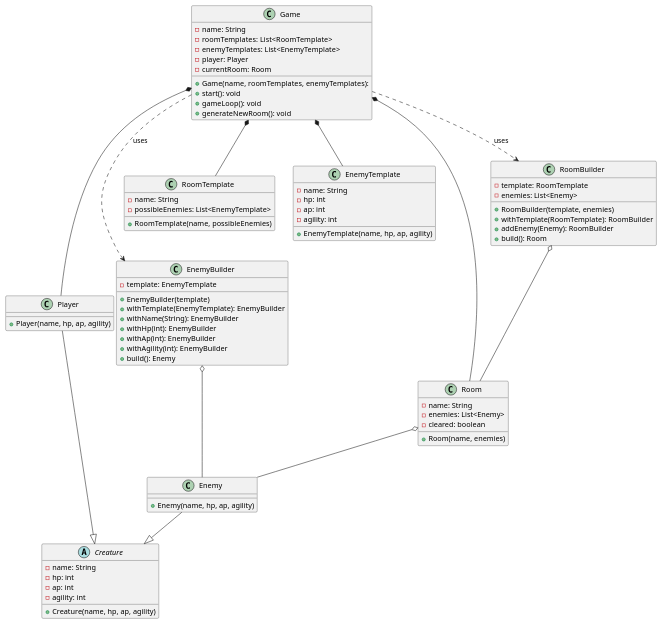
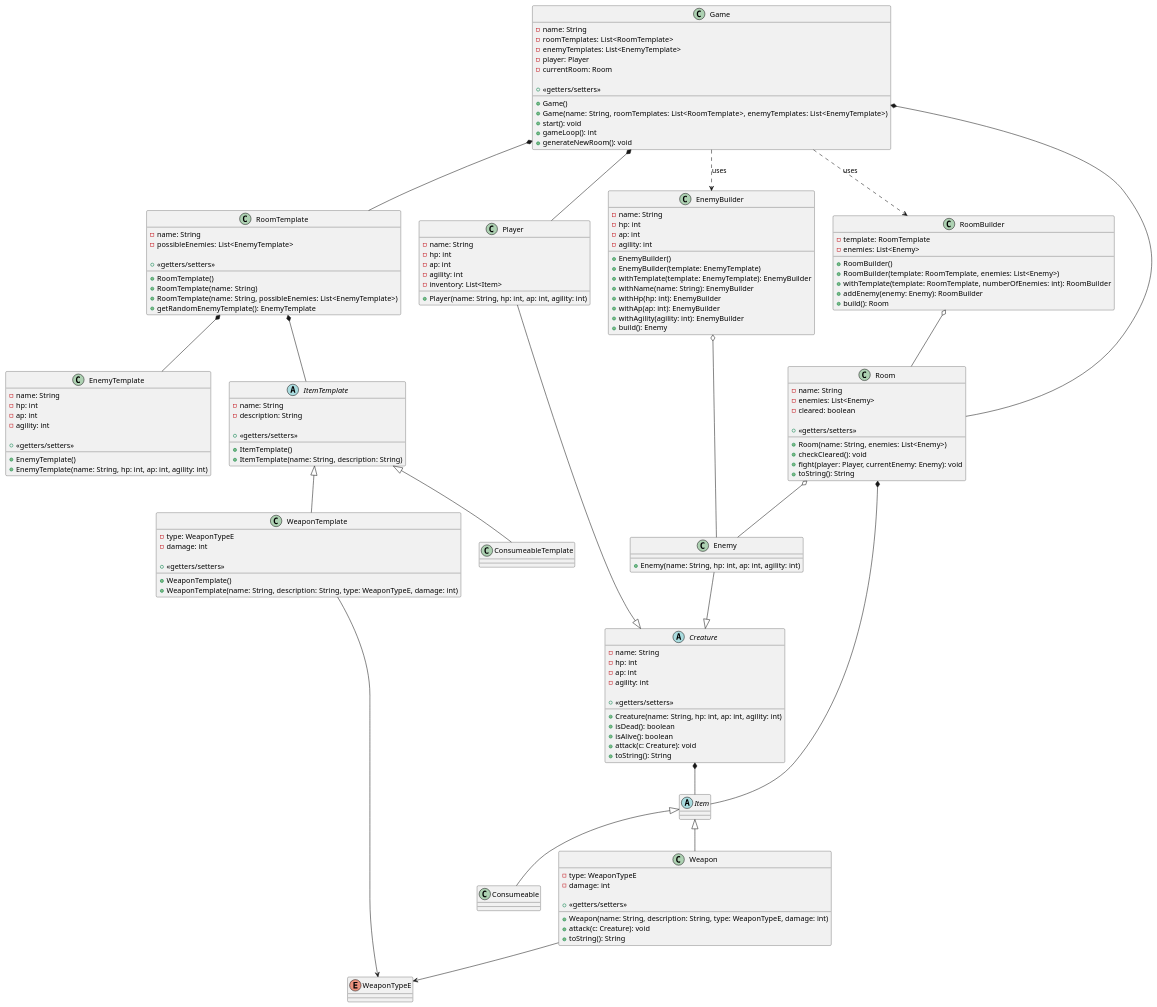
One commit to LeonOhneH/talesmith changed the diagram in docs/arch.puml. Above: the diagram before and after it, drawn with PlantUML. The commit also changed 8 other files, not shown here.

```diff
--- a/docs/arch.puml
+++ b/docs/arch.puml
@@ -1,103 +1,195 @@
-@startuml class diagram
+@startuml ComponentDiagram
 '======================
 '   Domänenklassen
 '======================
 class Game {
-    -name: String
-    -roomTemplates: List<RoomTemplate>
-    -enemyTemplates: List<EnemyTemplate>
-    -player: Player
-    -currentRoom: Room
-    
-    +Game(name, roomTemplates, enemyTemplates): 
-    +start(): void
-    +gameLoop(): void
-    +generateNewRoom(): void
+    - name: String
+    - roomTemplates: List<RoomTemplate>
+    - enemyTemplates: List<EnemyTemplate>
+    - player: Player
+    - currentRoom: Room
+
+    + Game()
+    + Game(name: String, roomTemplates: List<RoomTemplate>, enemyTemplates: List<EnemyTemplate>)
+    + start(): void
+    + gameLoop(): int
+    + generateNewRoom(): void
+    + <<getters/setters>>
 }
 
 class Room {
-    -name: String
-    -enemies: List<Enemy>
-    -cleared: boolean
+    - name: String
+    - enemies: List<Enemy>
+    - cleared: boolean
 
-    +Room(name, enemies)
+    + Room(name: String, enemies: List<Enemy>)
+    + checkCleared(): void
+    + fight(player: Player, currentEnemy: Enemy): void
+    + toString(): String
+    + <<getters/setters>>
 }
 
 abstract class Creature {
-    -name: String
-    -hp: int
-    -ap: int
-    -agility: int
+    - name: String
+    - hp: int
+    - ap: int
+    - agility: int
 
-    +Creature(name, hp, ap, agility)
+    + Creature(name: String, hp: int, ap: int, agility: int)
+    + isDead(): boolean
+    + isAlive(): boolean
+    + attack(c: Creature): void
+    + toString(): String
+    + <<getters/setters>>
 }
 
 class Player {
+    - name: String
+    - hp: int
+    - ap: int
+    - agility: int
+    - inventory: List<Item>
 
-    +Player(name, hp, ap, agility)
+    + Player(name: String, hp: int, ap: int, agility: int)
+
 }
 
+
 class Enemy {
-
-    +Enemy(name, hp, ap, agility)    
+    + Enemy(name: String, hp: int, ap: int, agility: int)
 }
 
-class RoomTemplate {
-    -name: String
-    -possibleEnemies: List<EnemyTemplate>
+abstract class Item {
 
-    +RoomTemplate(name, possibleEnemies)
 }
 
-class EnemyTemplate {
-    -name: String
-    -hp: int
-    -ap: int
-    -agility: int
+class Weapon {
+    - type: WeaponTypeE
+    - damage: int
 
-    +EnemyTemplate(name, hp, ap, agility)
+    + Weapon(name: String, description: String, type: WeaponTypeE, damage: int)
+    + attack(c: Creature): void
+    + toString(): String
+    + <<getters/setters>>
 }
+
+class Consumeable {
+
+}
+
+'======================
+'   Template-Klassen
+'======================
+
+together {
+    class RoomTemplate {
+        - name: String
+        - possibleEnemies: List<EnemyTemplate>
+
+        + RoomTemplate()
+        + RoomTemplate(name: String)
+        + RoomTemplate(name: String, possibleEnemies: List<EnemyTemplate>)
+        + getRandomEnemyTemplate(): EnemyTemplate
+        + <<getters/setters>>
+    }
+
+    class EnemyTemplate {
+        - name: String
+        - hp: int
+        - ap: int
+        - agility: int
+
+        + EnemyTemplate()
+        + EnemyTemplate(name: String, hp: int, ap: int, agility: int)
+        + <<getters/setters>>
+    }
+
+    abstract class ItemTemplate {
+        - name: String
+        - description: String
+
+        + ItemTemplate()
+        + ItemTemplate(name: String, description: String)
+        + <<getters/setters>>
+    }
+}
+
+class WeaponTemplate {
+    - type: WeaponTypeE
+    - damage: int
+
+    + WeaponTemplate()
+    + WeaponTemplate(name: String, description: String, type: WeaponTypeE, damage: int)
+    + <<getters/setters>>
+}
+
+enum WeaponTypeE {
+
+}
+
+class ConsumeableTemplate {
+
+}
+
 
 '======================
 '   Builder-Klassen
 '======================
 class RoomBuilder {
-    -template: RoomTemplate
-    -enemies: List<Enemy>
+    - template: RoomTemplate
+    - enemies: List<Enemy>
 
-    +RoomBuilder(template, enemies)
-    +withTemplate(RoomTemplate): RoomBuilder
-    +addEnemy(Enemy): RoomBuilder
-    +build(): Room
+    + RoomBuilder()
+    + RoomBuilder(template: RoomTemplate, enemies: List<Enemy>)
+    + withTemplate(template: RoomTemplate, numberOfEnemies: int): RoomBuilder
+    + addEnemy(enemy: Enemy): RoomBuilder
+    + build(): Room
 }
 
 class EnemyBuilder {
-    -template: EnemyTemplate
-    
-    +EnemyBuilder(template)
-    +withTemplate(EnemyTemplate): EnemyBuilder
-    +withName(String): EnemyBuilder
-    +withHp(int): EnemyBuilder
-    +withAp(int): EnemyBuilder
-    +withAgility(int): EnemyBuilder
-    +build(): Enemy
+    - name: String
+    - hp: int
+    - ap: int
+    - agility: int
+
+    + EnemyBuilder()
+    + EnemyBuilder(template: EnemyTemplate)
+    + withTemplate(template: EnemyTemplate): EnemyBuilder
+    + withName(name: String): EnemyBuilder
+    + withHp(hp: int): EnemyBuilder
+    + withAp(ap: int): EnemyBuilder
+    + withAgility(agility: int): EnemyBuilder
+    + build(): Enemy
 }
 
 '======================
 '   Beziehungen
 '======================
 Game *-- Room
 Game *-- Player
 Game *-- RoomTemplate
-Game *-- EnemyTemplate
+RoomTemplate *-- EnemyTemplate
+RoomTemplate *-- ItemTemplate
+
+ItemTemplate <|-- WeaponTemplate
+ItemTemplate <|-- ConsumeableTemplate
+
 Game ..> RoomBuilder     : uses
 Game ..> EnemyBuilder    : uses
 
 Room o-- Enemy
+Room *-- Item
+Creature *-- Item
+
+Item <|-- Weapon
+Item <|-- Consumeable
+
+Weapon --> WeaponTypeE
+WeaponTemplate --> WeaponTypeE
 
 Player --|> Creature
 Enemy  --|> Creature
 
 RoomBuilder o-- Room
 EnemyBuilder o-- Enemy
 @enduml
```
